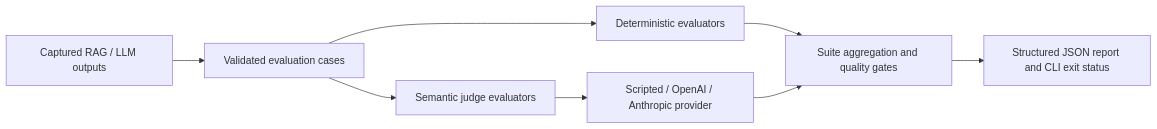
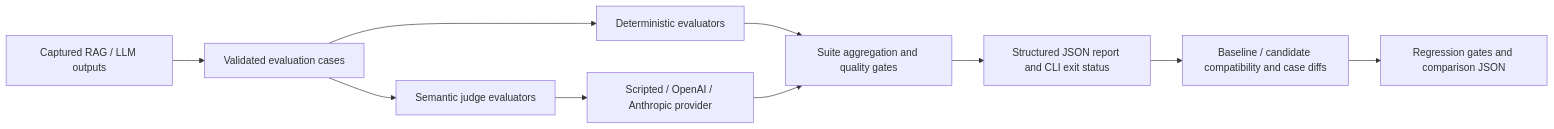
The diagram in README.md (pranay-eligeti/ai-evaluation-harness), drawn with Mermaid before and after one commit. The commit also changed other lines of this file and 2 other files, not shown here.

````diff
--- a/README.md
+++ b/README.md
@@ -22,10 +22,12 @@
 ```mermaid
 flowchart LR
     A[Captured RAG / LLM outputs] --> B[Validated evaluation cases]
     B --> C[Deterministic evaluators]
     B --> D[Semantic judge evaluators]
     D --> E[Scripted / OpenAI / Anthropic provider]
     C --> F[Suite aggregation and quality gates]
     E --> F
     F --> G[Structured JSON report and CLI exit status]
+    G --> H[Baseline / candidate compatibility and case diffs]
+    H --> I[Regression gates and comparison JSON]
 ```
````
